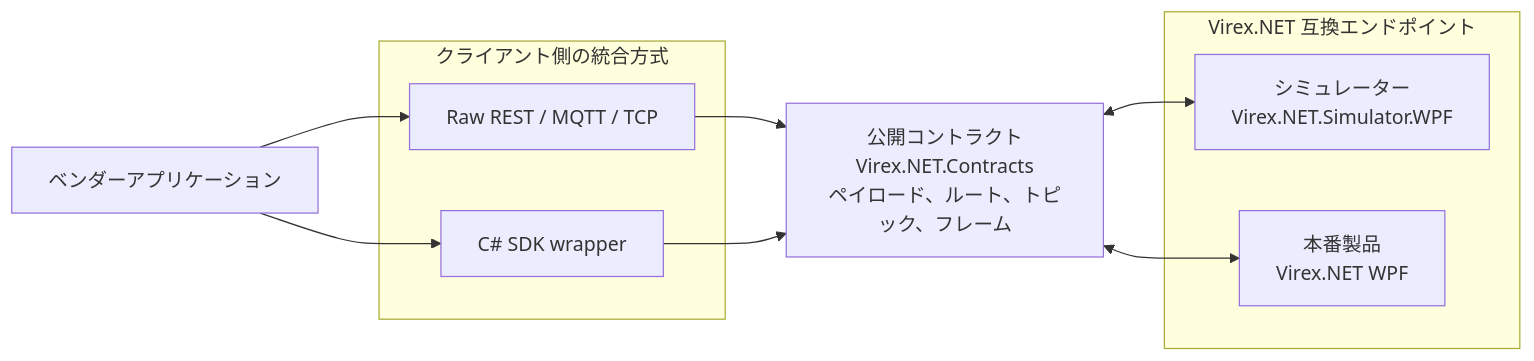
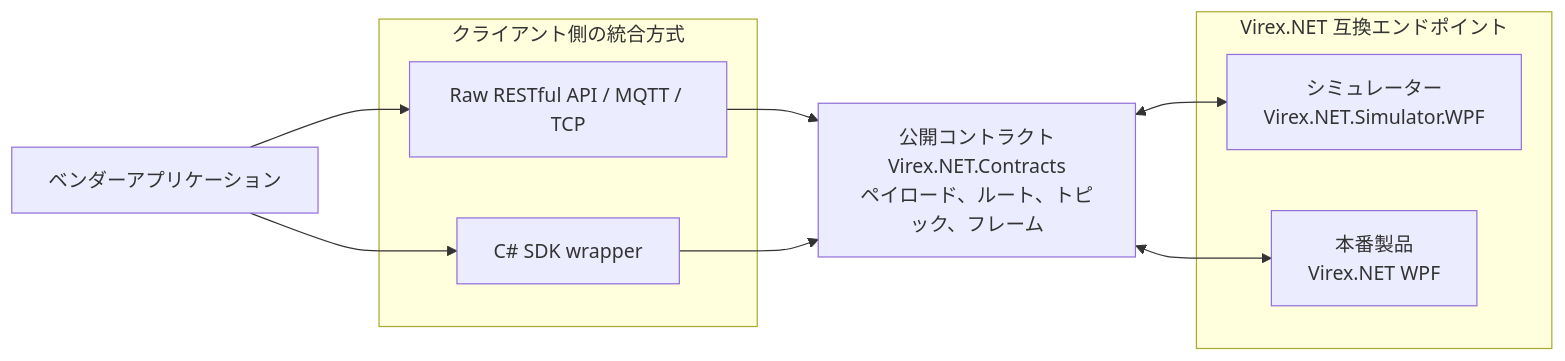
Before and after one commit to vstechnology-tw/vst-virex.net.integration: the diagram in docs/integration-model.ja.md, drawn with Mermaid. The commit also changed other lines of this file and 121 other files, not shown here.

````diff
--- a/docs/integration-model.ja.md
+++ b/docs/integration-model.ja.md
@@ -7,23 +7,23 @@
 ```mermaid
 flowchart LR
     Vendor["ベンダーアプリケーション"]
 
     subgraph ClientSide["クライアント側の統合方式"]
-        Raw["Raw REST / MQTT / TCP"]
+        Raw["Raw RESTful API / MQTT / TCP"]
         Sdk["C# SDK wrapper"]
     end
 
     Contract["公開コントラクト\nVirex.NET.Contracts\nペイロード、ルート、トピック、フレーム"]
 
     subgraph CompatibleEndpoint["Virex.NET 互換エンドポイント"]
         Simulator["シミュレーター\nVirex.NET.Simulator.WPF"]
         Production["本番製品\nVirex.NET WPF"]
     end
 
     Vendor --> Raw
     Vendor --> Sdk
     Raw --> Contract
     Sdk --> Contract
     Contract <--> Simulator
     Contract <--> Production
 ```
````
